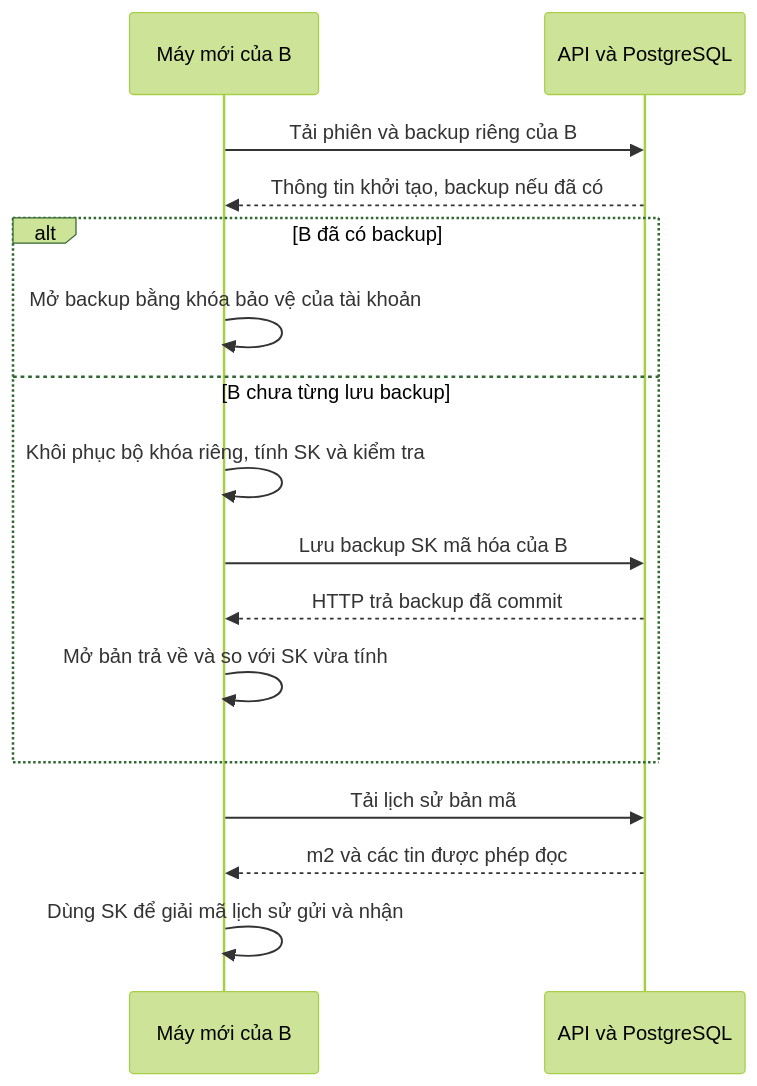
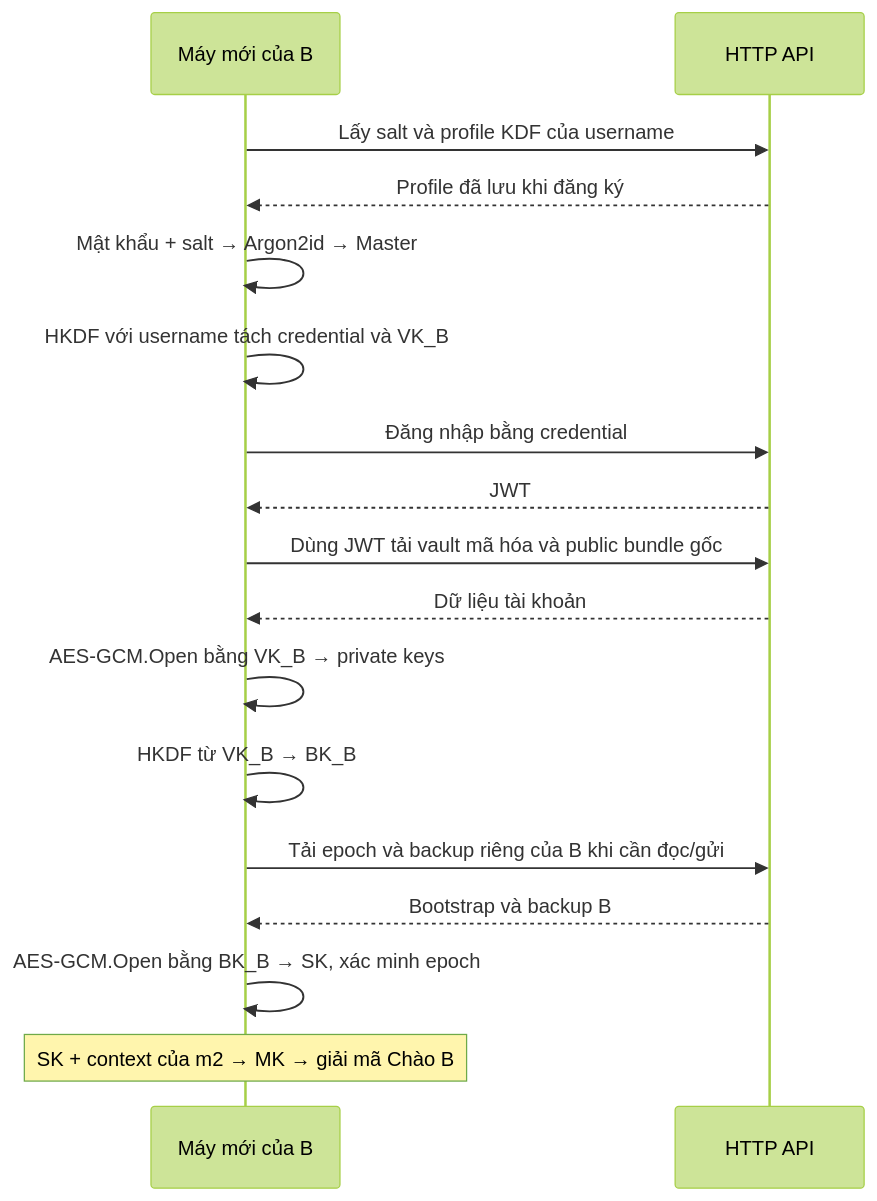
Before and after one commit to daoquocdai/Project_IT4409: diagram 11 of 13 in docs/project-flows.md, drawn with Mermaid (forest theme). The commit also changed other lines of this file, not shown here.

Commit message:
docs: làm rõ luồng mã hóa và khôi phục E2EE

````diff
--- a/docs/project-flows.md
+++ b/docs/project-flows.md
@@ -227,18 +295,19 @@
 ```mermaid
 sequenceDiagram
     participant B as Máy mới của B
-    participant API as API và PostgreSQL
-    B->>API: Tải phiên và backup riêng của B
-    API-->>B: Thông tin khởi tạo, backup nếu đã có
-    alt B đã có backup
-        B->>B: Mở backup bằng khóa bảo vệ của tài khoản
-    else B chưa từng lưu backup
-        B->>B: Khôi phục bộ khóa riêng, tính SK và kiểm tra
-        B->>API: Lưu backup SK mã hóa của B
-        API-->>B: HTTP trả backup đã commit
-        B->>B: Mở bản trả về và so với SK vừa tính
-    end
-    B->>API: Tải lịch sử bản mã
-    API-->>B: m2 và các tin được phép đọc
-    B->>B: Dùng SK để giải mã lịch sử gửi và nhận
+    participant S as HTTP API
+    B->>S: Lấy salt và profile KDF của username
+    S-->>B: Profile đã lưu khi đăng ký
+    B->>B: Mật khẩu + salt → Argon2id → Master
+    B->>B: HKDF với username tách credential và VK_B
+    B->>S: Đăng nhập bằng credential
+    S-->>B: JWT
+    B->>S: Dùng JWT tải vault mã hóa và public bundle gốc
+    S-->>B: Dữ liệu tài khoản
+    B->>B: AES-GCM.Open bằng VK_B → private keys
+    B->>B: HKDF từ VK_B → BK_B
+    B->>S: Tải epoch và backup riêng của B khi cần đọc/gửi
+    S-->>B: Bootstrap và backup B
+    B->>B: AES-GCM.Open bằng BK_B → SK, xác minh epoch
+    Note over B: SK + context của m2 → MK → giải mã Chào B
 ```
````
